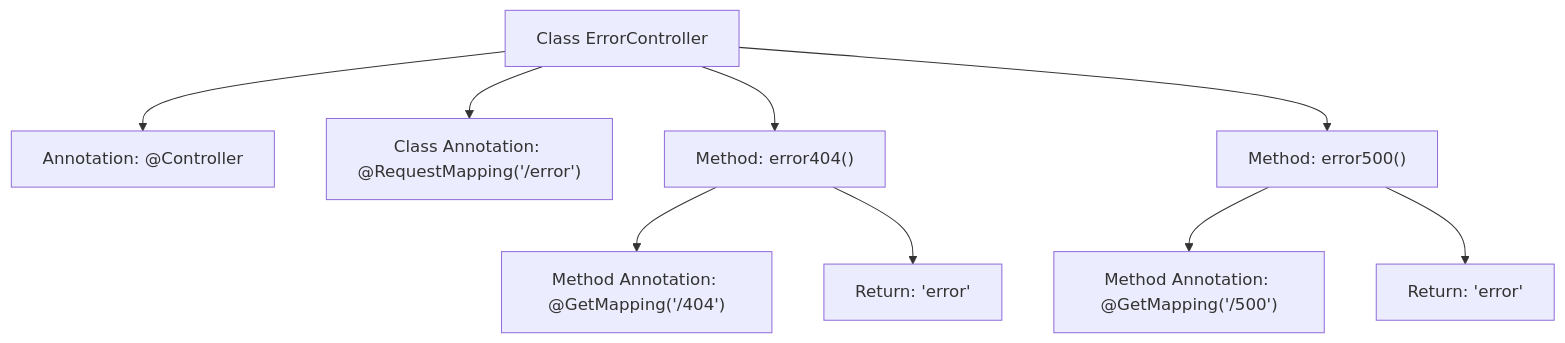
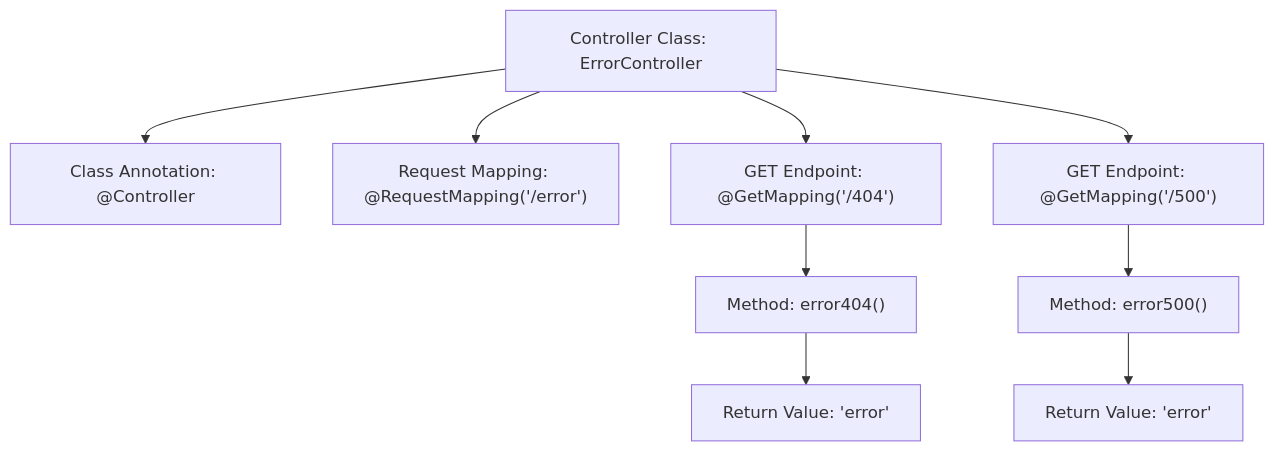
Before and after one commit to v-wjrong/imrrong_weixin-java-miniapp-demo: the second of 2 diagrams in docs/en/docs/src/main/java/com/github/binarywang/demo/wx/miniapp/error/ErrorController.md, drawn with Mermaid. The commit also changed other lines of this file and 51 other files, not shown here.

````diff
--- a/docs/en/docs/src/main/java/com/github/binarywang/demo/wx/miniapp/error/ErrorController.md
+++ b/docs/en/docs/src/main/java/com/github/binarywang/demo/wx/miniapp/error/ErrorController.md
@@ -57,21 +50,21 @@
 ```mermaid
 graph TD
-    A["Class ErrorController"]
-    B["Annotation: @Controller"]
-    C["Class Annotation: @RequestMapping('/error')"]
-    D["Method: error404()"]
-    E["Method Annotation: @GetMapping('/404')"]
-    F["Return: 'error'"]
-    G["Method: error500()"]
-    H["Method Annotation: @GetMapping('/500')"]
-    I["Return: 'error'"]
+    A["Controller Class: ErrorController"]
+    B["Class Annotation: @Controller"]
+    C["Request Mapping: @RequestMapping('/error')"]
+    D["GET Endpoint: @GetMapping('/404')"]
+    E["Method: error404()"]
+    F["Return Value: 'error'"]
+    G["GET Endpoint: @GetMapping('/500')"]
+    H["Method: error500()"]
+    I["Return Value: 'error'"]
 
     A --> B
     A --> C
     A --> D
     D --> E
-    D --> F
+    E --> F
     A --> G
     G --> H
-    G --> I
+    H --> I
 ```
````
